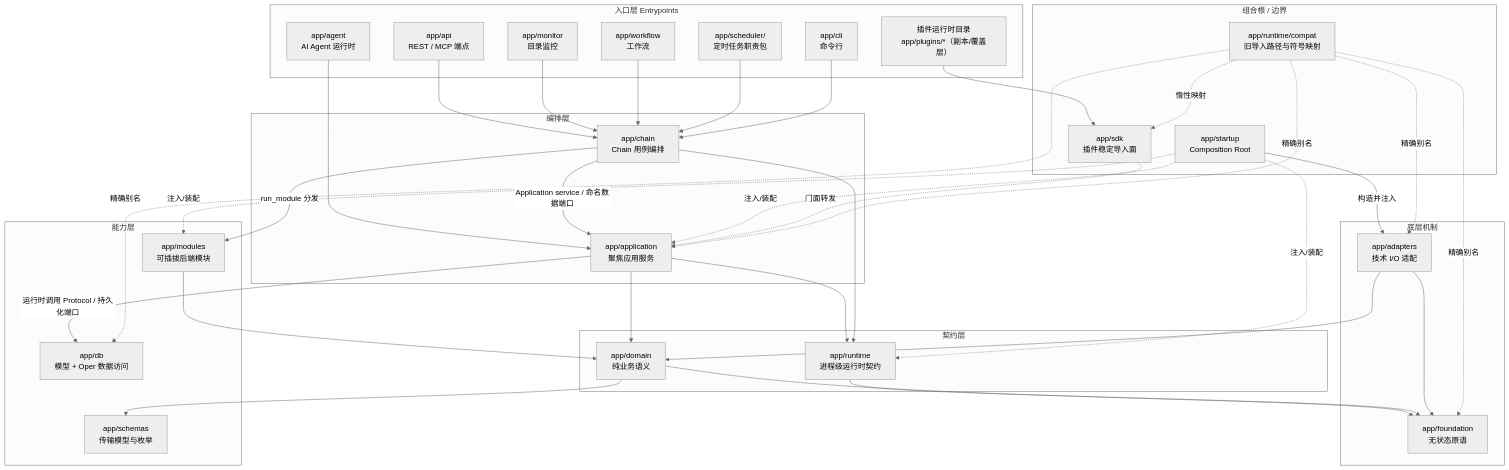
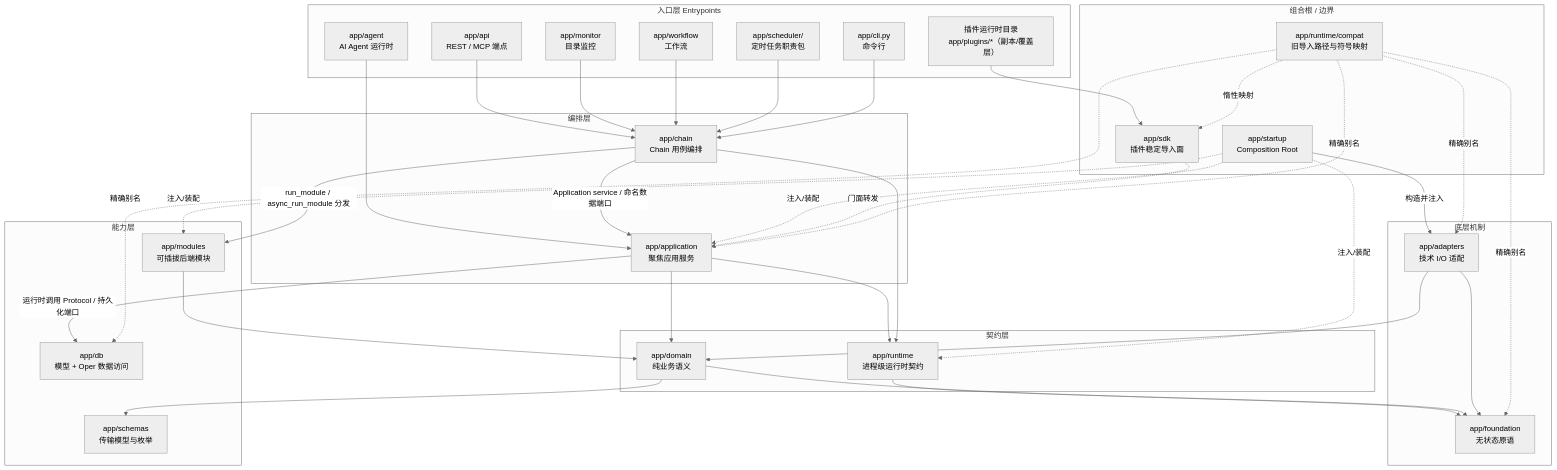
One commit to jxxghp/MoviePilot changed the second of 14 diagrams in docs/architecture-overview.md. Above: the diagram before and after it, drawn with Mermaid (neutral theme). The commit also changed other lines of this file, not shown here.

Commit message:
docs: refresh backend architecture overview

````diff
--- a/docs/architecture-overview.md
+++ b/docs/architecture-overview.md
@@ -69,72 +70,72 @@
 ```mermaid
 flowchart TB
     subgraph 入口层["入口层 Entrypoints"]
         ApiPkg["app/api<br/>REST / MCP 端点"]
         AgentPkg["app/agent<br/>AI Agent 运行时"]
         Monitor["app/monitor<br/>目录监控"]
         Workflow["app/workflow<br/>工作流"]
         Scheduler["app/scheduler/<br/>定时任务职责包"]
-        CLI["app/cli<br/>命令行"]
+        CLI["app/cli.py<br/>命令行"]
         PluginPkg["插件运行时目录<br/>app/plugins/*（副本/覆盖层）"]
     end
 
     subgraph 编排层["编排层"]
         Chain["app/chain<br/>Chain 用例编排"]
         App["app/application<br/>聚焦应用服务"]
     end
 
     subgraph 能力层["能力层"]
         Modules["app/modules<br/>可插拔后端模块"]
         Db["app/db<br/>模型 + Oper 数据访问"]
         Schemas["app/schemas<br/>传输模型与枚举"]
     end
 
     subgraph 契约层["契约层"]
         Domain["app/domain<br/>纯业务语义"]
         Runtime["app/runtime<br/>进程级运行时契约"]
     end
 
     subgraph 底层["底层机制"]
         Foundation["app/foundation<br/>无状态原语"]
         Adapters["app/adapters<br/>技术 I/O 适配"]
     end
 
     subgraph 组合根["组合根 / 边界"]
         Startup["app/startup<br/>Composition Root"]
         Sdk["app/sdk<br/>插件稳定导入面"]
         Compat["app/runtime/compat<br/>旧导入路径与符号映射"]
     end
 
     ApiPkg --> Chain
     AgentPkg --> App
     Monitor --> Chain
     Workflow --> Chain
     Scheduler --> Chain
     CLI --> Chain
     PluginPkg --> Sdk
 
-    Chain -->|run_module 分发| Modules
+    Chain -->|run_module / async_run_module 分发| Modules
     Chain -->|Application service / 命名数据端口| App
     App -->|运行时调用 Protocol / 持久化端口| Db
 
     Modules --> Domain
     App --> Domain
     App --> Runtime
     Chain --> Runtime
     Domain --> Schemas
     Domain --> Foundation
     Runtime --> Foundation
     Adapters --> Domain
     Adapters --> Foundation
     Startup -->|构造并注入| Adapters
 
     Startup -.注入/装配.-> Runtime
     Startup -.注入/装配.-> App
     Startup -.注入/装配.-> Modules
     Sdk -.门面转发.-> App
     Compat -.惰性映射.-> Sdk
     Compat -.精确别名.-> App
     Compat -.精确别名.-> Db
     Compat -.精确别名.-> Foundation
     Compat -.精确别名.-> Adapters
 ```
````
